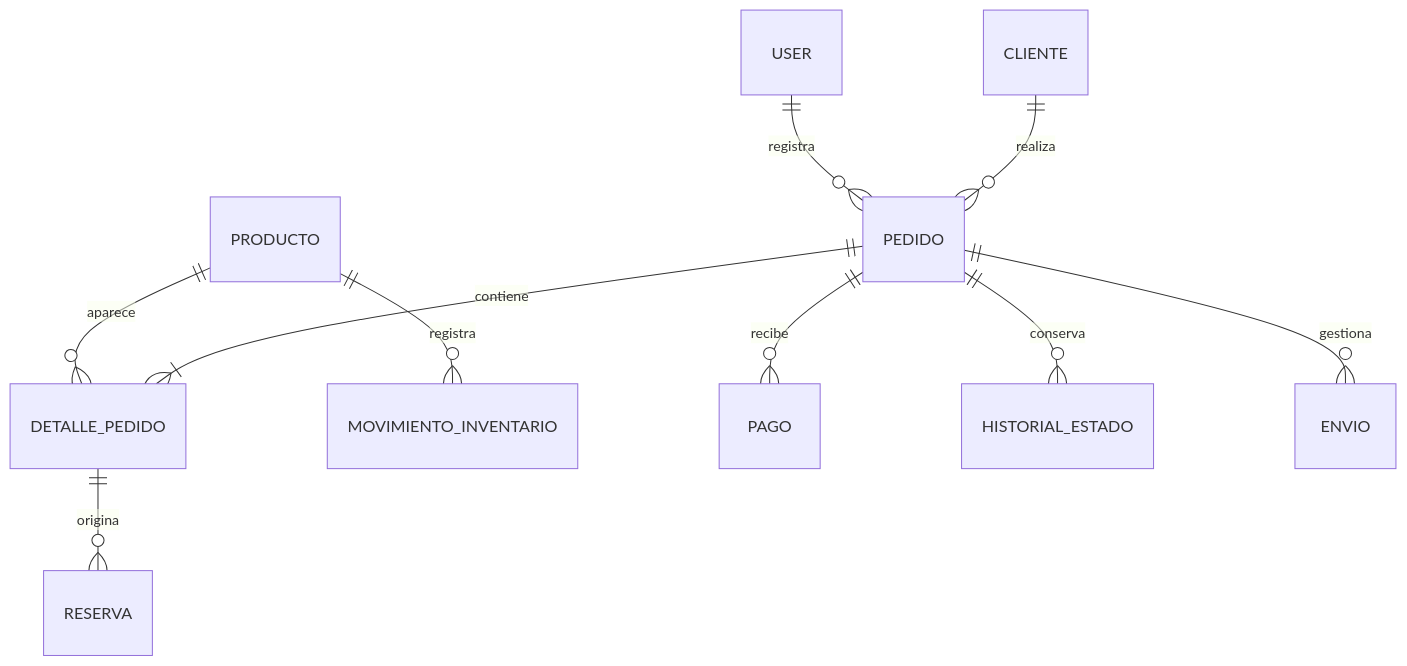
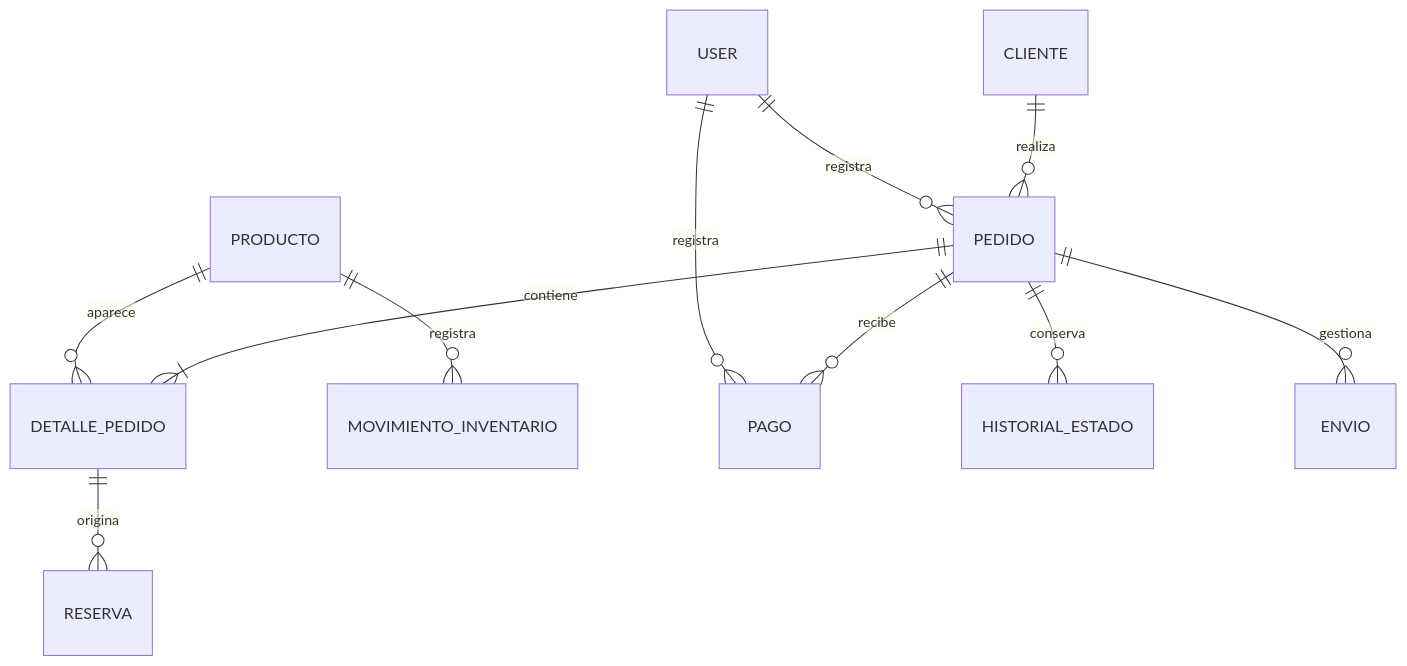
Before and after one commit to jherrerap12-eng/Proyecto-Final: the diagram in documentacion/ARQUITECTURA.md, drawn with Mermaid. The commit also changed 17 other files, not shown here.

````diff
--- a/documentacion/ARQUITECTURA.md
+++ b/documentacion/ARQUITECTURA.md
@@ -11,12 +11,13 @@
 ```mermaid
 erDiagram
     CLIENTE ||--o{ PEDIDO : realiza
     USER ||--o{ PEDIDO : registra
     PEDIDO ||--|{ DETALLE_PEDIDO : contiene
     PRODUCTO ||--o{ DETALLE_PEDIDO : aparece
     PRODUCTO ||--o{ MOVIMIENTO_INVENTARIO : registra
     DETALLE_PEDIDO ||--o{ RESERVA : origina
     PEDIDO ||--o{ PAGO : recibe
+    USER ||--o{ PAGO : registra
     PEDIDO ||--o{ HISTORIAL_ESTADO : conserva
     PEDIDO ||--o{ ENVIO : gestiona
 ```
````
